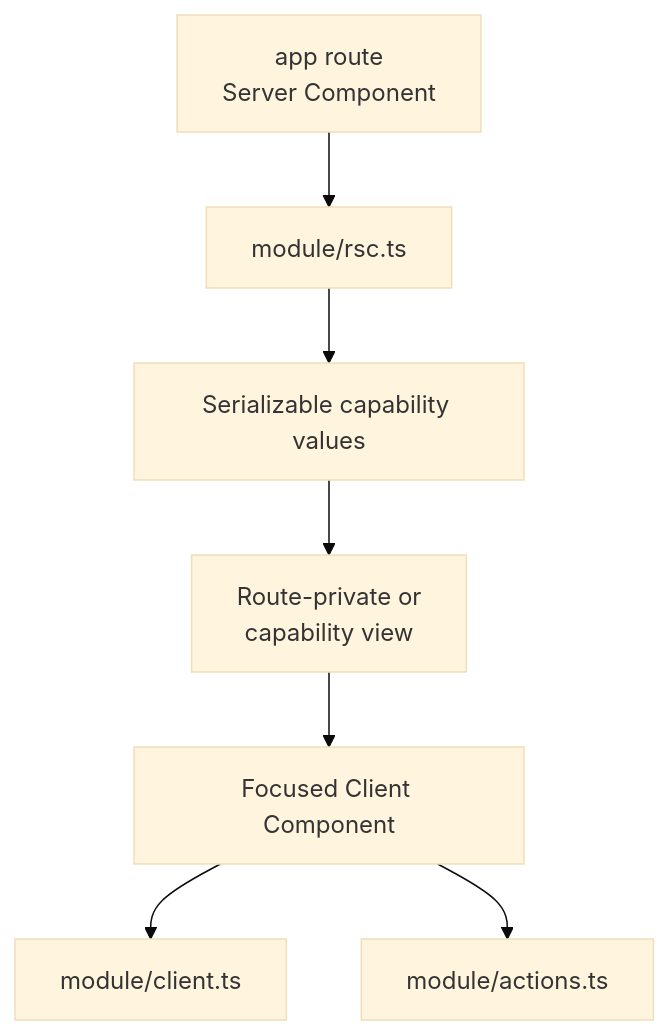
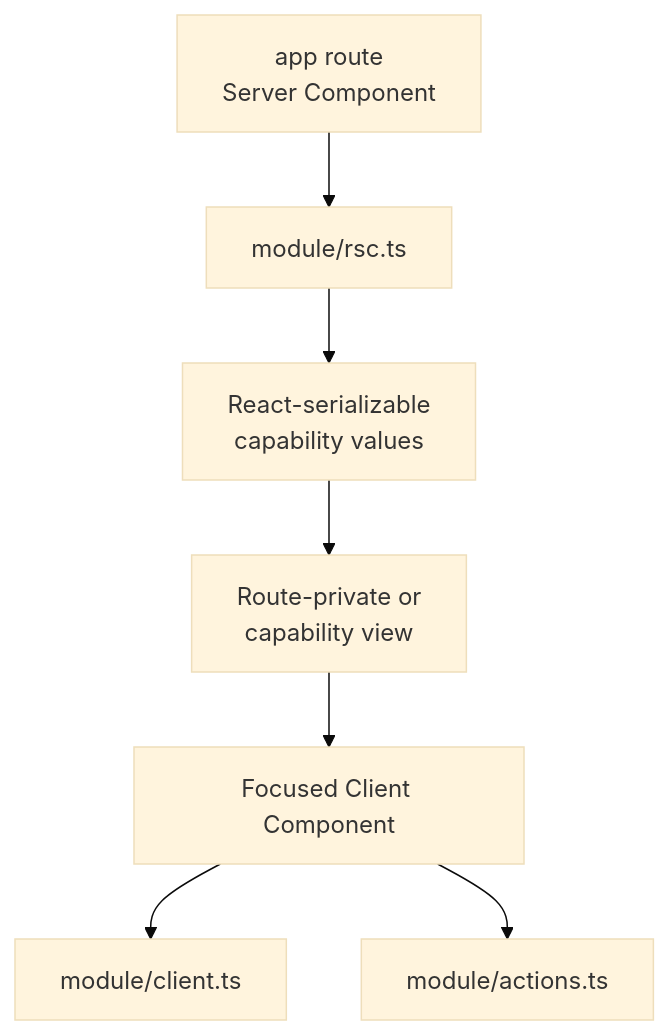
The first of 2 diagrams in docs/frontend-composition.md (clicktronix/nextjs-clean-skills), drawn with Mermaid (base theme) before and after one commit. The commit also changed other lines of this file and 26 other files, not shown here.

````diff
--- a/docs/frontend-composition.md
+++ b/docs/frontend-composition.md
@@ -21,19 +21,19 @@
 ```mermaid
 flowchart TB
   accTitle: Server-first page composition
   accDescr: A route reads through a capability RSC surface, renders plain values, and introduces focused client islands only where browser behavior exists.
   Route["app route<br/>Server Component"]
   Rsc["module/rsc.ts"]
-  Values["Serializable capability values"]
+  Values["React-serializable<br/>capability values"]
   View["Route-private or<br/>capability view"]
   Island["Focused Client Component"]
   Client["module/client.ts"]
   Action["module/actions.ts"]
 
   Route --> Rsc
   Rsc --> Values
   Values --> View
   View --> Island
   Island --> Client
   Island --> Action
 ```
````
